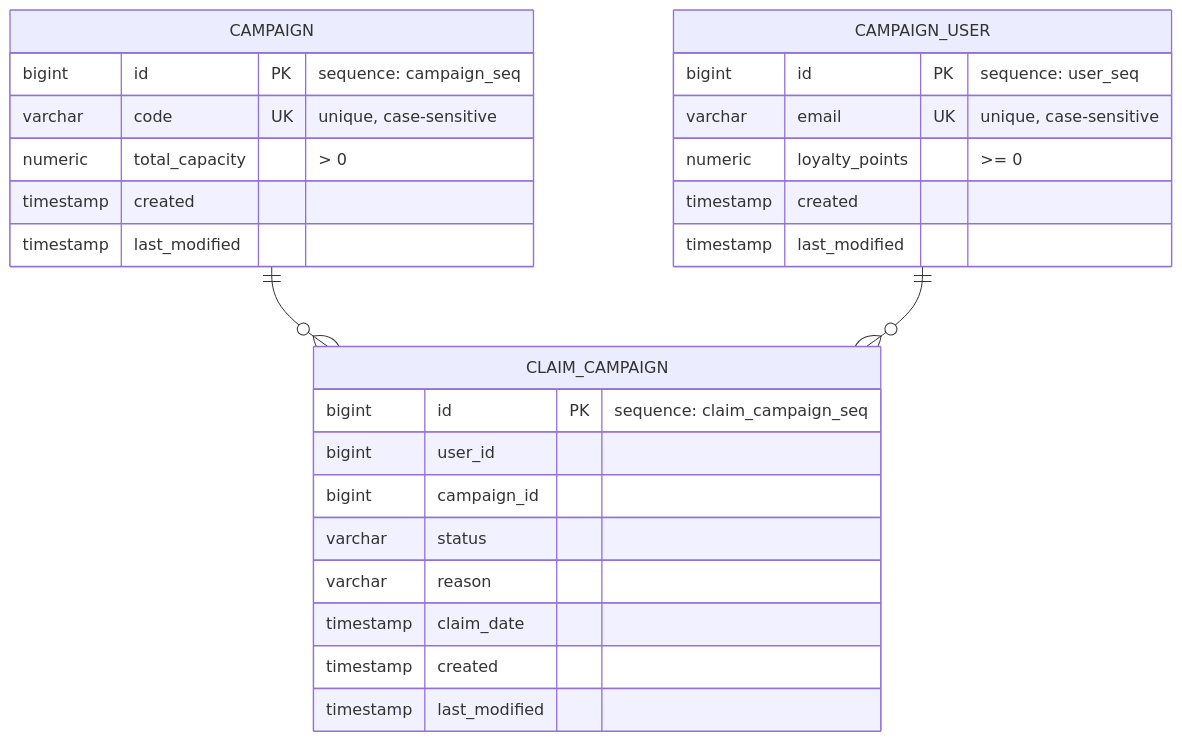
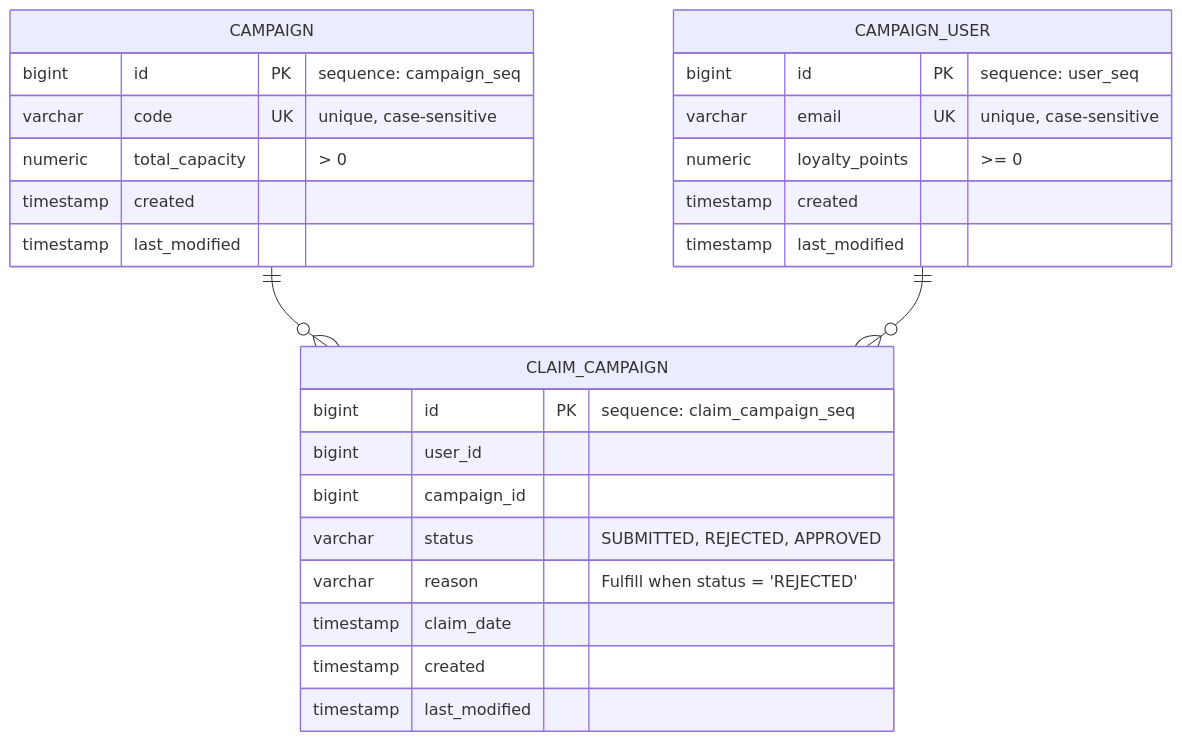
The first of 2 diagrams in docs/entity_model.md (tongoclongho/demo-campaign-java), drawn with Mermaid before and after one commit. The commit also changed other lines of this file and 28 other files, not shown here.

````diff
--- a/docs/entity_model.md
+++ b/docs/entity_model.md
@@ -4,33 +3,33 @@
 ```mermaid
 erDiagram
     CAMPAIGN ||--o{ CLAIM_CAMPAIGN : ""
     CAMPAIGN_USER ||--o{ CLAIM_CAMPAIGN : ""
 
     CAMPAIGN {
         bigint    id PK "sequence: campaign_seq"
         varchar   code UK "unique, case-sensitive"
         numeric   total_capacity "> 0"
         timestamp created
         timestamp last_modified
     }
 
     CAMPAIGN_USER {
       bigint    id PK "sequence: user_seq"
       varchar   email UK "unique, case-sensitive"
       numeric   loyalty_points ">= 0"
       timestamp created
       timestamp last_modified
     }
 
     CLAIM_CAMPAIGN {
       bigint     id PK "sequence: claim_campaign_seq"
       bigint     user_id
       bigint     campaign_id
-      varchar    status
-      varchar    reason
+      varchar    status "SUBMITTED, REJECTED, APPROVED"
+      varchar    reason "Fulfill when status = 'REJECTED'"
       timestamp  claim_date
       timestamp  created
       timestamp  last_modified
     }
 
 ```
````
